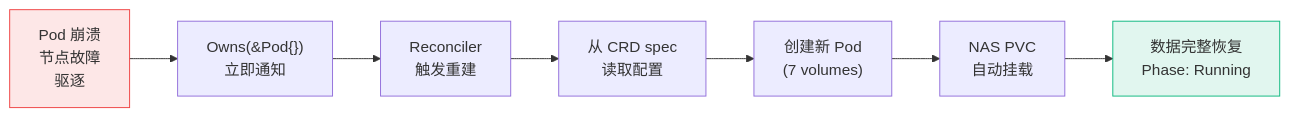
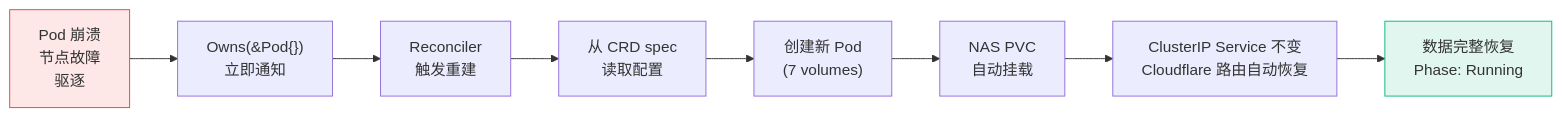
One commit to guangzhou/carher-admin changed the third of 8 diagrams in operator-go/README.md. Above: the diagram before and after it, drawn with Mermaid. The commit also changed other lines of this file and 2 other files, not shown here.

````diff
--- a/operator-go/README.md
+++ b/operator-go/README.md
@@ -102,12 +106,13 @@
 ```mermaid
 flowchart LR
     A["Pod 崩溃<br/>节点故障<br/>驱逐"] --> B["Owns(&Pod{})<br/>立即通知"]
     B --> C["Reconciler<br/>触发重建"]
     C --> D["从 CRD spec<br/>读取配置"]
     D --> E["创建新 Pod<br/>(7 volumes)"]
     E --> F["NAS PVC<br/>自动挂载"]
-    F --> G["数据完整恢复<br/>Phase: Running"]
+    F --> FA["ClusterIP Service 不变<br/>Cloudflare 路由自动恢复"]
+    FA --> G["数据完整恢复<br/>Phase: Running"]
 
     style A fill:#ef444420,stroke:#ef4444
     style G fill:#10b98120,stroke:#10b981
 ```
````
